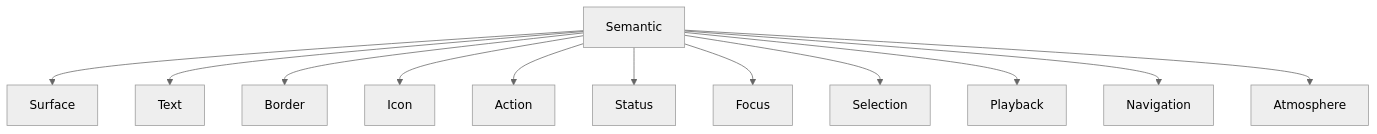
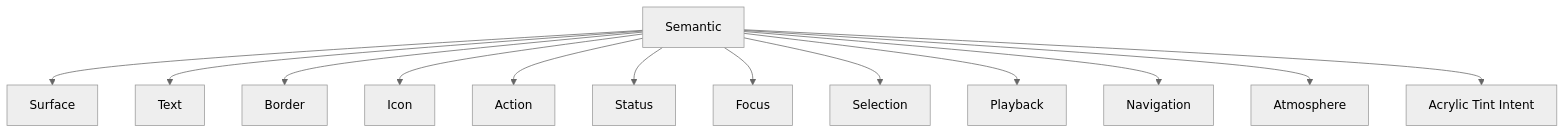
The second of 12 diagrams in docs/design/system/mds-002-colour-system/03-semantic-colours.md (mosaic-media/architecture), drawn with Mermaid (neutral theme) before and after one commit. The commit also changed other lines of this file and 10 other files, not shown here.

````diff
--- a/docs/design/system/mds-002-colour-system/03-semantic-colours.md
+++ b/docs/design/system/mds-002-colour-system/03-semantic-colours.md
@@ -121,28 +121,30 @@
 ```mermaid
 flowchart TD
 
 N1["Semantic"]
 N2["Surface"]
 N3["Text"]
 N4["Border"]
 N5["Icon"]
 N6["Action"]
 N7["Status"]
 N8["Focus"]
 N9["Selection"]
 N10["Playback"]
 N11["Navigation"]
 N12["Atmosphere"]
+N13["Acrylic Tint Intent"]
 
 N1 --> N2
 N1 --> N3
 N1 --> N4
 N1 --> N5
 N1 --> N6
 N1 --> N7
 N1 --> N8
 N1 --> N9
 N1 --> N10
 N1 --> N11
 N1 --> N12
+N1 --> N13
 ```
````
